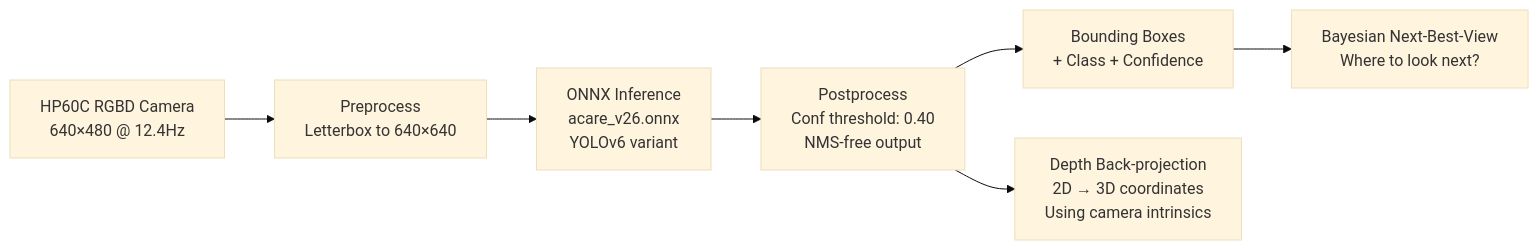
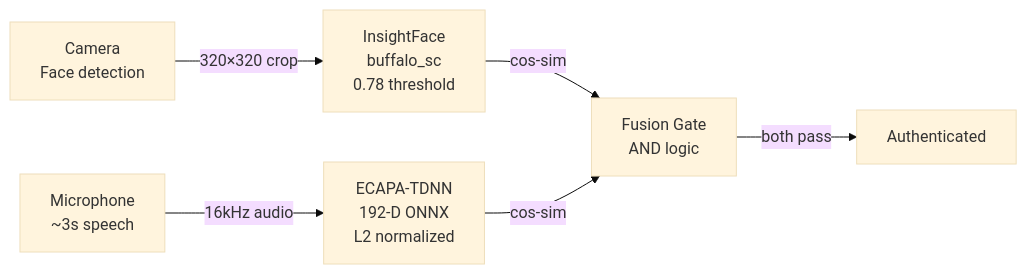
The fifth of 6 diagrams in soundhound_prep/12_ACARE_Deep_Dive.md (sarv-projects/study), drawn with Mermaid (base theme) before and after one commit. The commit also changed other lines of this file and 2 other files, not shown here.

````diff
--- a/soundhound_prep/12_ACARE_Deep_Dive.md
+++ b/soundhound_prep/12_ACARE_Deep_Dive.md
@@ -404,9 +1058,8 @@
 ```mermaid
 flowchart LR
-    CAM["HP60C RGBD Camera<br/>640×480 @ 12.4Hz"] --> PRE["Preprocess<br/>Letterbox to 640×640"]
-    PRE --> INF["ONNX Inference<br/>acare_v26.onnx<br/>YOLOv6 variant"]
-    INF --> POST["Postprocess<br/>Conf threshold: 0.40<br/>NMS-free output"]
-    POST --> BB["Bounding Boxes<br/>+ Class + Confidence"]
-    POST --> DEPTH["Depth Back-projection<br/>2D → 3D coordinates<br/>Using camera intrinsics"]
-    BB --> NBV["Bayesian Next-Best-View<br/>Where to look next?"]
+    FACE["Camera<br/>Face detection"] -->|"320×320 crop"| FI["InsightFace<br/>buffalo_sc<br/>0.78 threshold"]
+    VOICE["Microphone<br/>~3s speech"] -->|"16kHz audio"| VE["ECAPA-TDNN<br/>192-D ONNX<br/>L2 normalized"]
+    FI -->|"cos-sim"| FUSE["Fusion Gate<br/>AND logic"]
+    VE -->|"cos-sim"| FUSE
+    FUSE -->|"both pass"| AUTH["Authenticated"]
 ```
````
